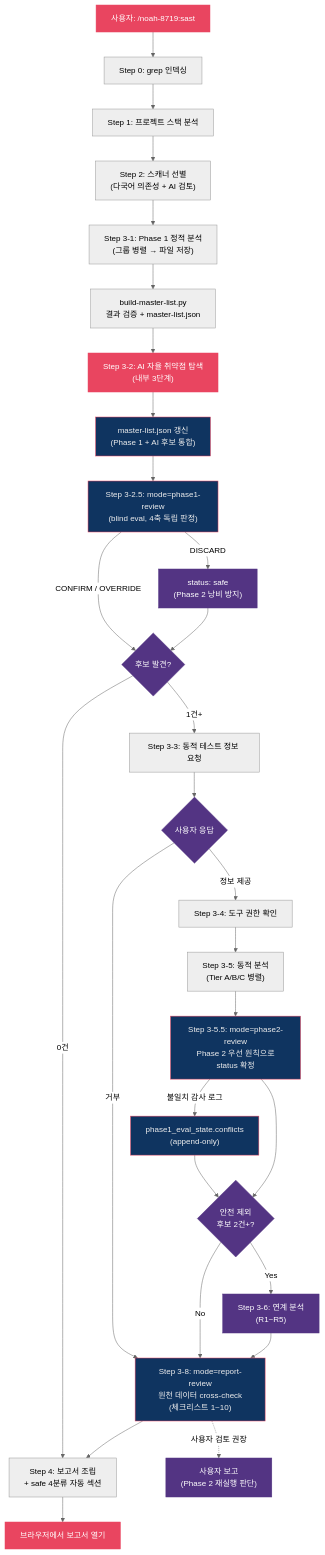
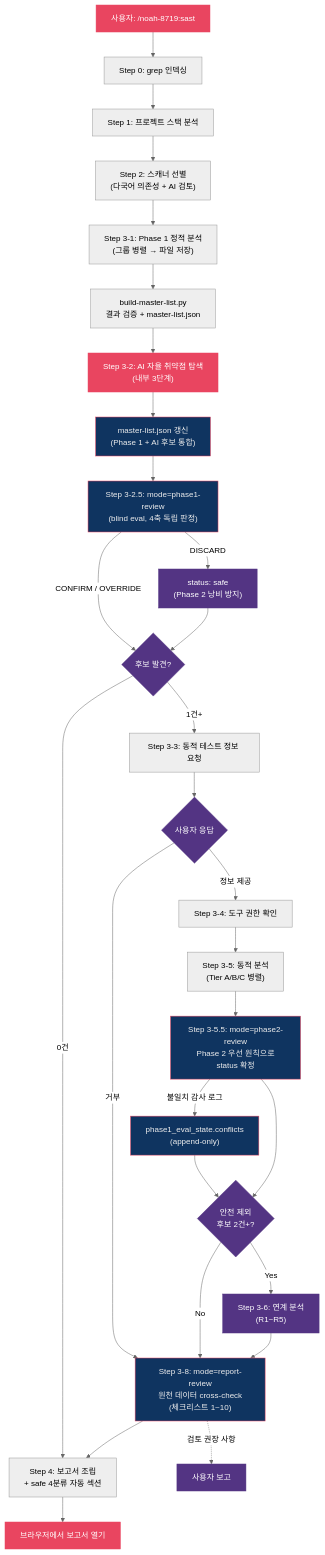
One commit to nomarlhack/noah-sast changed the diagram in README.md. Above: the diagram before and after it, drawn with Mermaid (neutral theme). The commit also changed 3 other files, not shown here.

First line of the commit message:
docs(sast): report-review에서 "Phase 2 재실행" 비현실 문구 제거

````diff
--- a/README.md
+++ b/README.md
@@ -38,45 +38,45 @@
 ```mermaid
 flowchart TD
     User["사용자: /noah-8719:sast"] --> S0["Step 0: grep 인덱싱"]
     S0 --> S1["Step 1: 프로젝트 스택 분석"]
     S1 --> S2["Step 2: 스캐너 선별\n(다국어 의존성 + AI 검토)"]
     S2 --> S3["Step 3-1: Phase 1 정적 분석\n(그룹 병렬 → 파일 저장)"]
     S3 --> BML2["build-master-list.py\n결과 검증 + master-list.json"]
     BML2 --> AI["Step 3-2: AI 자율 취약점 탐색\n(내부 3단계)"]
     AI --> MLUpdate2["master-list.json 갱신\n(Phase 1 + AI 후보 통합)"]
     MLUpdate2 --> EvalP1["Step 3-2.5: mode=phase1-review\n(blind eval, 4축 독립 판정)"]
     EvalP1 -->|DISCARD| ML_Safe["status: safe\n(Phase 2 낭비 방지)"]
     EvalP1 -->|CONFIRM / OVERRIDE| Check{후보 발견?}
     ML_Safe --> Check
     Check -->|0건| S4["Step 4: 보고서 조립\n+ safe 4분류 자동 섹션"]
     Check -->|1건+| Ask["Step 3-3: 동적 테스트 정보 요청"]
     Ask --> UserReply{사용자 응답}
     UserReply -->|정보 제공| Perm["Step 3-4: 도구 권한 확인"]
     UserReply -->|거부| Review
     Perm --> Dynamic["Step 3-5: 동적 분석\n(Tier A/B/C 병렬)"]
     Dynamic --> Eval["Step 3-5.5: mode=phase2-review\nPhase 2 우선 원칙으로\nstatus 확정"]
     Eval -->|불일치 감사 로그| Conflicts["phase1_eval_state.conflicts\n(append-only)"]
     Conflicts --> ChainCheck
     Eval --> ChainCheck{"안전 제외\n후보 2건+?"}
     ChainCheck -->|Yes| Chain["Step 3-6: 연계 분석\n(R1~R5)"]
     ChainCheck -->|No| Review
     Chain --> Review["Step 3-8: mode=report-review\n원천 데이터 cross-check\n(체크리스트 1~10)"]
     Review --> S4
-    Review -.->|사용자 검토 권장| UserReport["사용자 보고\n(Phase 2 재실행 판단)"]
+    Review -.->|검토 권장 사항| UserReport["사용자 보고"]
     S4 --> Open["브라우저에서 보고서 열기"]
 
     style User fill:#e94560,stroke:#e94560,color:#fff
     style AI fill:#e94560,stroke:#e94560,color:#fff
     style MLUpdate2 fill:#0f3460,stroke:#e94560,color:#eee
     style EvalP1 fill:#0f3460,stroke:#e94560,color:#eee
     style Eval fill:#0f3460,stroke:#e94560,color:#eee
     style Review fill:#0f3460,stroke:#e94560,color:#eee
     style Conflicts fill:#0f3460,stroke:#e94560,color:#eee
     style ML_Safe fill:#533483,stroke:#533483,color:#fff
     style Chain fill:#533483,stroke:#533483,color:#fff
     style Open fill:#e94560,stroke:#e94560,color:#fff
     style Check fill:#533483,stroke:#533483,color:#fff
     style ChainCheck fill:#533483,stroke:#533483,color:#fff
     style UserReply fill:#533483,stroke:#533483,color:#fff
     style UserReport fill:#533483,stroke:#533483,color:#fff
 ```
````
